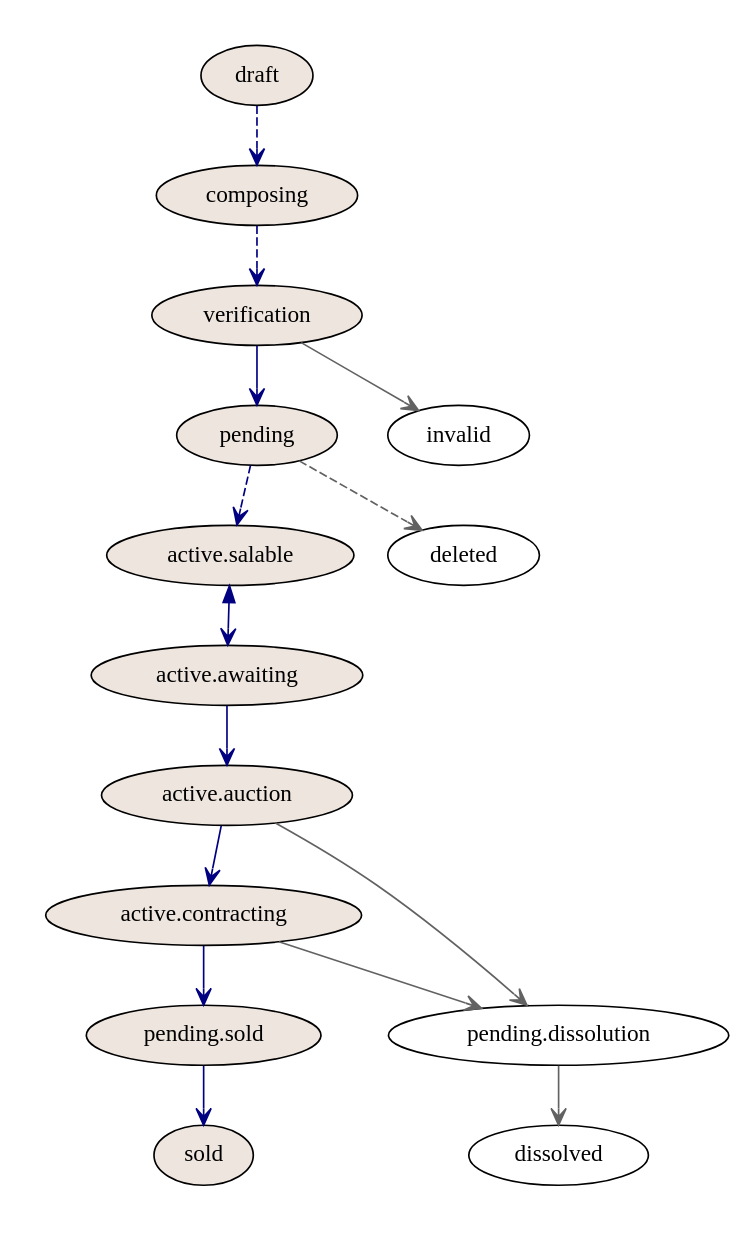
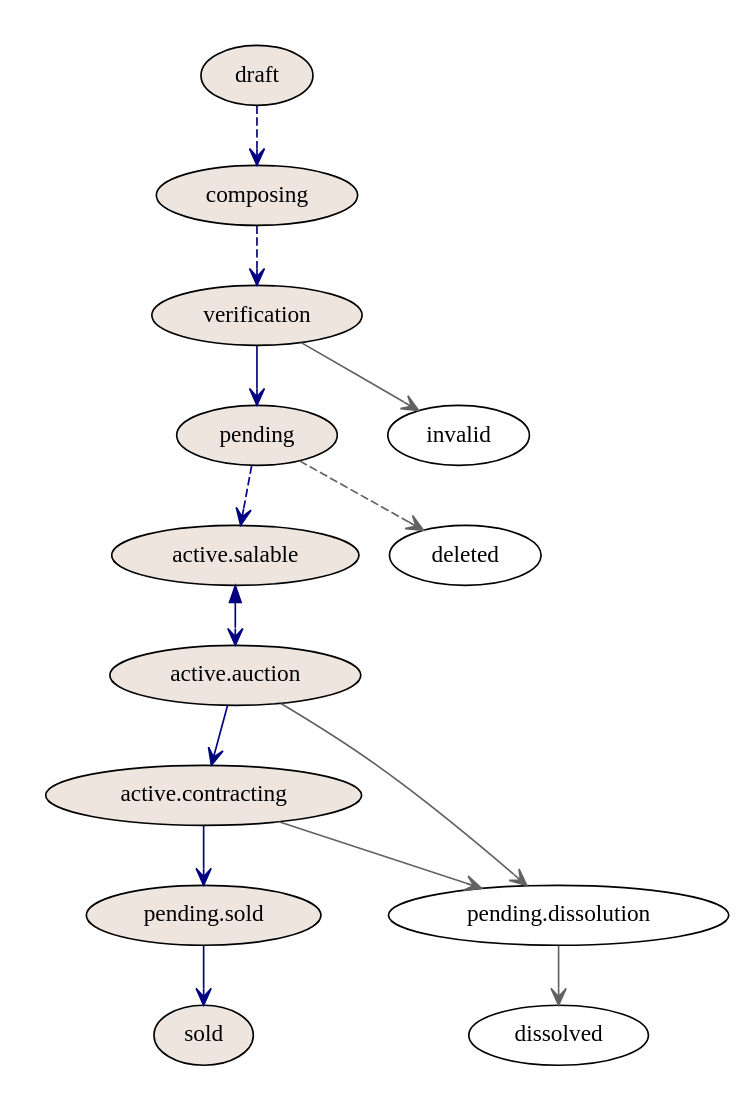
The diagram in docs/source/lotsWorkflow.rst (yevheniimoroziuk/openregistry.lots.loki), drawn with Graphviz before and after one commit.

```diff
--- a/docs/source/lotsWorkflow.rst
+++ b/docs/source/lotsWorkflow.rst
@@ -6,40 +6,38 @@
 .. graphviz::
 
     digraph G {
             subgraph cluster_1 {
                     node [style=filled, fillcolor=seashell2];
                     edge[style=dashed,  arrowhead="vee"];
                     "draft" -> "composing" [color="0.6667 1.0000 0.5020"];
                     edge[style=dashed,  arrowhead="vee"];
                     "composing" -> "verification" [color="0.6667 1.0000 0.5020"];
                     edge[style=solid,  arrowhead="vee"];
                     "verification" -> "pending" [color="0.6667 1.0000 0.5020"];
                     edge[style=dashed,  arrowhead="vee"];
                     "pending" -> "active.salable" [color="0.6667 1.0000 0.5020"];
                     edge[style=solid,  dir="both"];
-                    "active.salable" -> "active.awaiting" [color="0.6667 1.0000 0.5020"];
-                    edge[dir="forward"];
-                    "active.awaiting" -> "active.auction" [color="0.6667 1.0000 0.5020"];
+                    "active.salable" -> "active.auction" [color="0.6667 1.0000 0.5020"];
                     edge[dir="forward"];
                     "active.auction" -> "active.contracting" [color="0.6667 1.0000 0.5020"];
                     edge[dir="forward"];
                     "active.contracting" -> "pending.sold" [color="0.6667 1.0000 0.5020"];
                     edge[dir="forward"];
                     "pending.sold" -> "sold" [color="0.6667 1.0000 0.5020"];
                     color=white;
             } 
 
             edge[style=solid, arrowhead="vee"]
             "verification" -> "invalid" [color="0.0000 0.0000 0.3882"];
             edge[style=dashed, arrowhead="vee"]
             "pending" -> "deleted" [color="0.0000 0.0000 0.3882"];
             edge[style=solid];
             node [style=solid];
             edge[style=solid];
             "active.auction" -> "pending.dissolution" [color="0.0000 0.0000 0.3882"];
             edge[style=solid];
             "active.contracting" -> "pending.dissolution" [color="0.0000 0.0000 0.3882"];
             edge[style=solid];
             node [style=solid];
             "pending.dissolution" -> "dissolved" [color="0.0000 0.0000 0.3882"];
     }
```
